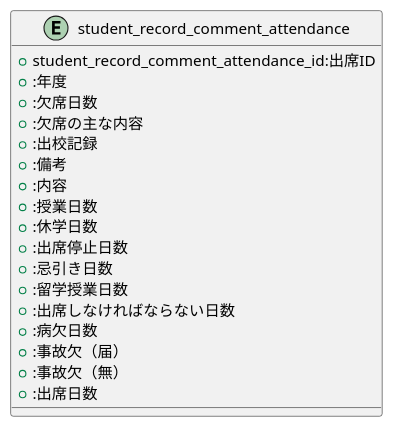
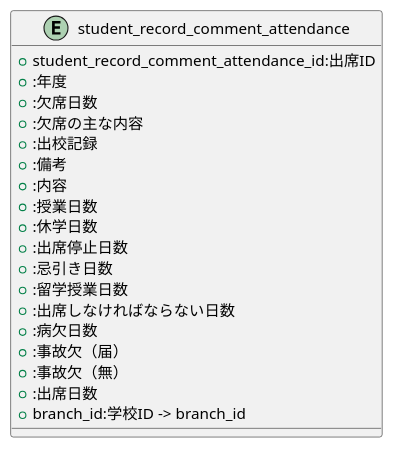
Before and after one commit to popoposorara/ERP_ER: the diagram in Entity/student_record_comment_attendance.pu, drawn with PlantUML. The commit also changed 1 other file, not shown here.

```diff
--- a/Entity/student_record_comment_attendance.pu
+++ b/Entity/student_record_comment_attendance.pu
@@ -1,23 +1,24 @@
 @startuml
 
 entity "student_record_comment_attendance"{
     + student_record_comment_attendance_id:出席ID
     + :年度
     + :欠席日数
     + :欠席の主な内容
     + :出校記録
     + :備考
     + :内容
     + :授業日数
     + :休学日数
     + :出席停止日数
     + :忌引き日数
     + :留学授業日数
     + :出席しなければならない日数
     + :病欠日数
     + :事故欠（届）  
     + :事故欠（無）
     + :出席日数
+    + branch_id:学校ID -> branch_id
 }
 
 @enduml
```
